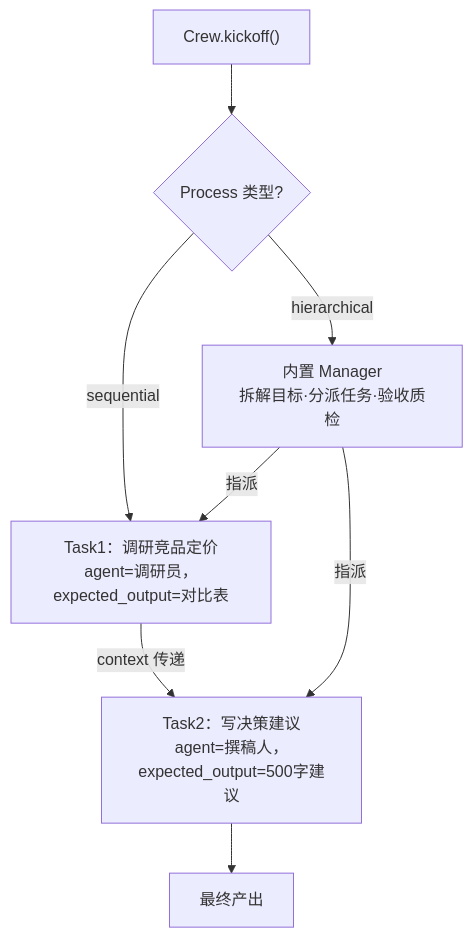
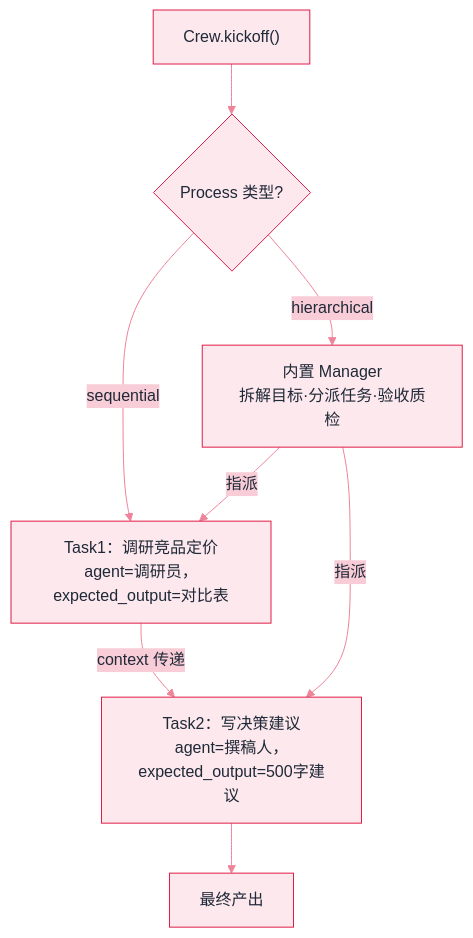
One commit to funny8kids/ai-agent-handbook changed the diagram in docs/09-frameworks/crewai.md. Above: the diagram before and after it, drawn with Mermaid. The commit also changed 144 other files, not shown here.

First line of the commit message:
Theme all 154 Mermaid diagrams with per-chapter colors via %%{init}%% directives

````diff
--- a/docs/09-frameworks/crewai.md
+++ b/docs/09-frameworks/crewai.md
@@ -54,10 +54,11 @@
 ```mermaid
+%%{init: {"theme":"base","themeVariables":{"primaryColor":"#FCE8ED","primaryBorderColor":"#E11D48","primaryTextColor":"#1F2937","secondaryColor":"#F8CDD7","tertiaryColor":"#FEF6F8","lineColor":"#EF839A","actorBkg":"#FDEDF0","actorBorder":"#E11D48","actorTextColor":"#1F2937","signalColor":"#EA617F","noteBkgColor":"#FAD6DE","noteBorderColor":"#E11D48","noteTextColor":"#1F2937","labelBoxBkgColor":"#FCE8ED","labelBoxBorderColor":"#E11D48"}}}%%
 flowchart TD
   K["Crew.kickoff()"] --> P{Process 类型?}
   P -->|sequential| T1["Task1：调研竞品定价<br/>agent=调研员，expected_output=对比表"]
   T1 -->|context 传递| T2["Task2：写决策建议<br/>agent=撰稿人，expected_output=500字建议"]
   P -->|hierarchical| M["内置 Manager<br/>拆解目标·分派任务·验收质检"]
   M -->|指派| T1
   M -->|指派| T2
   T2 --> R["最终产出"]
 ```
````
